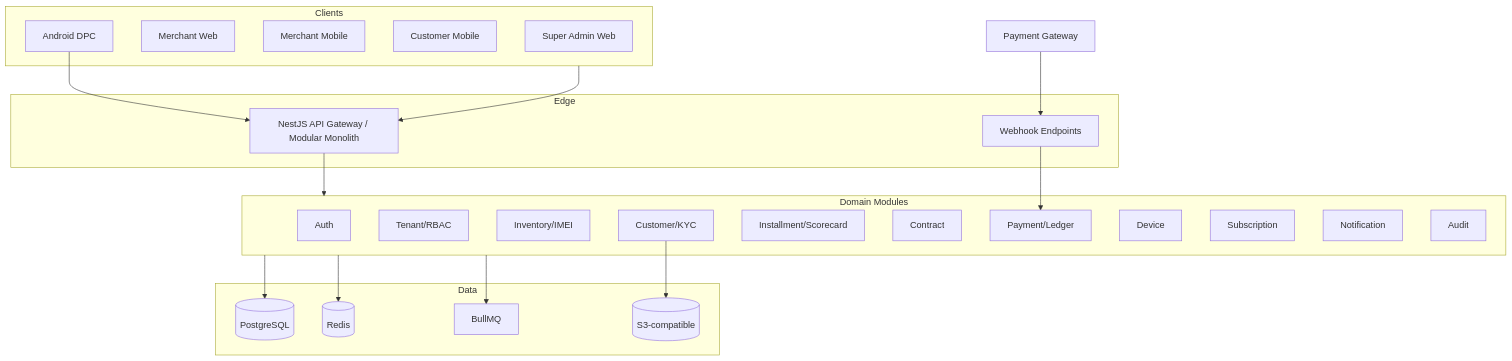
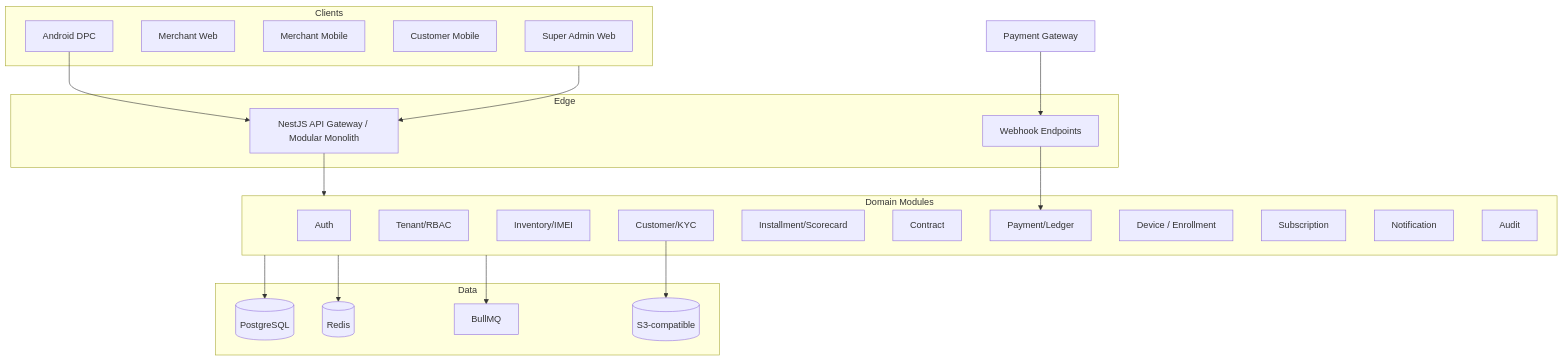
The second of 2 diagrams in docs/architecture/SYSTEM-ARCHITECTURE.md (bigboss27051/mobile-installment-platform), drawn with Mermaid before and after one commit. The commit also changed other lines of this file and 50 other files, not shown here.

First line of the commit message:
feat: expand R2 to Device Provisioning & Enrollment platform

````diff
--- a/docs/architecture/SYSTEM-ARCHITECTURE.md
+++ b/docs/architecture/SYSTEM-ARCHITECTURE.md
@@ -33,46 +35,46 @@
 ```mermaid
 flowchart TB
   subgraph clients [Clients]
     SA[Super Admin Web]
     MW[Merchant Web]
     MM[Merchant Mobile]
     CM[Customer Mobile]
     DPC[Android DPC]
   end
 
   subgraph edge [Edge]
     API[NestJS API Gateway / Modular Monolith]
     WH[Webhook Endpoints]
   end
 
   subgraph core [Domain Modules]
     AUTH[Auth]
     TEN[Tenant/RBAC]
     INV[Inventory/IMEI]
     KYC[Customer/KYC]
     INS[Installment/Scorecard]
     CON[Contract]
     PAY[Payment/Ledger]
-    DEV[Device]
+    DEV[Device / Enrollment]
     SUB[Subscription]
     NOT[Notification]
     AUD[Audit]
   end
 
   subgraph data [Data]
     PG[(PostgreSQL)]
     RD[(Redis)]
     Q[BullMQ]
     S3[(S3-compatible)]
   end
 
   clients --> API
   payExt[Payment Gateway] --> WH
   DPC --> API
   API --> core
   WH --> PAY
   core --> PG
   core --> RD
   core --> Q
   KYC --> S3
 ```
````
